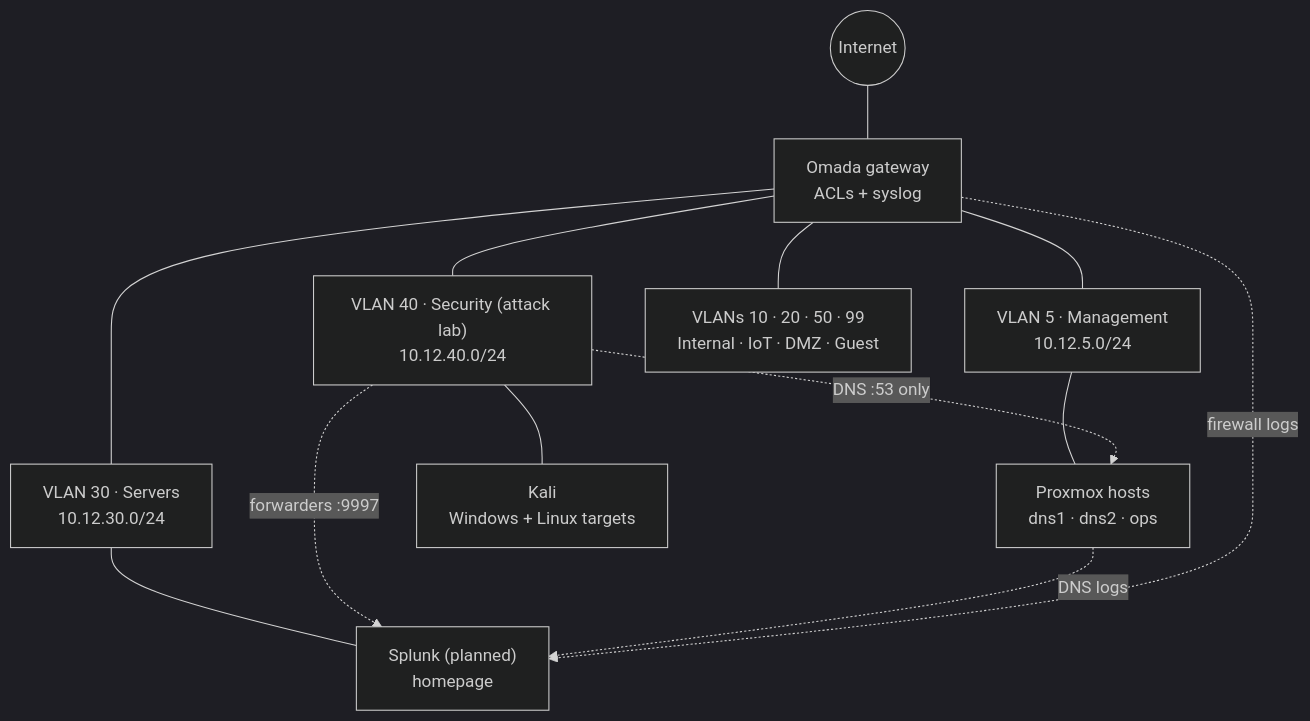
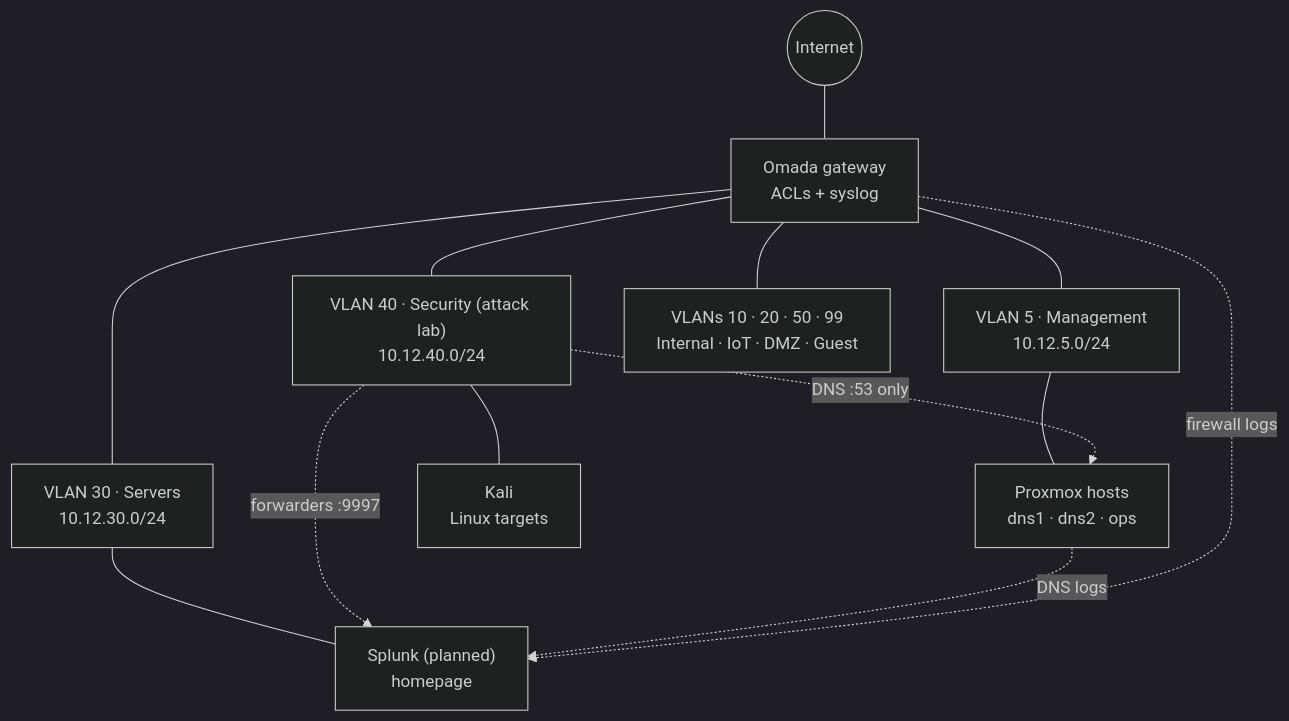
One commit to J-DeMarzo/enterprise-homelab changed the second of 2 diagrams in README.md. Above: the diagram before and after it, drawn with Mermaid (dark theme). The commit also changed other lines of this file and 3 other files, not shown here.

First line of the commit message:
Roadmap: focus targets on Linux and network, defer the Windows target

````diff
--- a/README.md
+++ b/README.md
@@ -29,18 +29,18 @@
 ```mermaid
 flowchart TB
     internet((Internet)) --- gw["Omada gateway<br/>ACLs + syslog"]
 
     gw --- mgmt["VLAN 5 · Management<br/>10.12.5.0/24"]
     gw --- svc["VLAN 30 · Servers<br/>10.12.30.0/24"]
     gw --- lab["VLAN 40 · Security (attack lab)<br/>10.12.40.0/24"]
     gw --- other["VLANs 10 · 20 · 50 · 99<br/>Internal · IoT · DMZ · Guest"]
 
     mgmt --- m1["Proxmox hosts<br/>dns1 · dns2 · ops"]
     svc --- s1["Splunk (planned)<br/>homepage"]
-    lab --- l1["Kali<br/>Windows + Linux targets"]
+    lab --- l1["Kali<br/>Linux targets"]
 
     lab -. "forwarders :9997" .-> s1
     lab -. "DNS :53 only" .-> m1
     m1 -. "DNS logs" .-> s1
     gw -. "firewall logs" .-> s1
 ```
````
